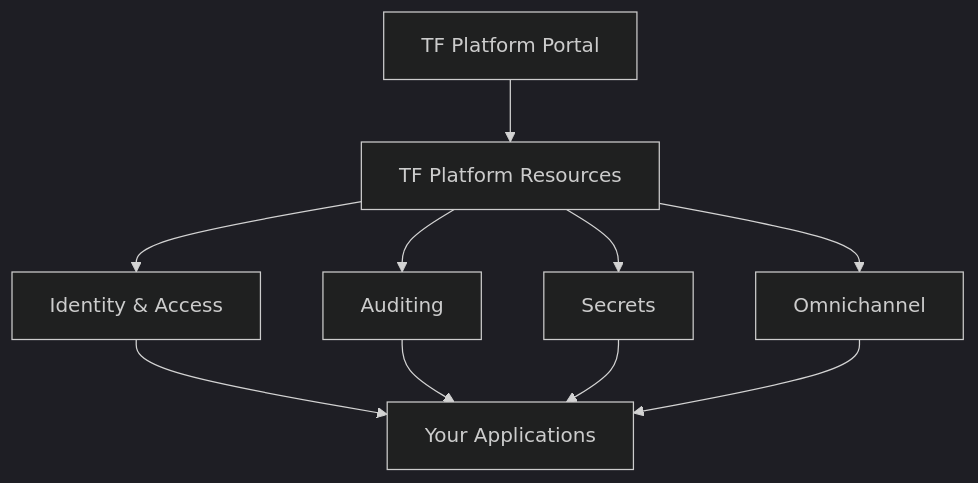
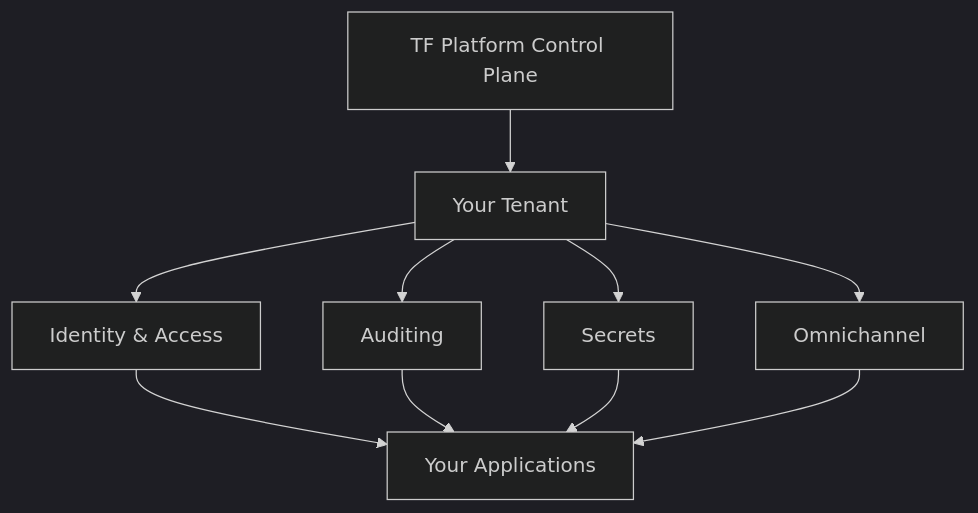
Before and after one commit to simptel/docs.simptel.com: the diagram in tf-platform/overview.md, drawn with Mermaid (dark theme). The commit also changed other lines of this file, not shown here.

````diff
--- a/tf-platform/overview.md
+++ b/tf-platform/overview.md
@@ -19,13 +19,13 @@
 ```mermaid fullWidth="false"
 graph TD
-  A["TF Platform Portal"] --> B["TF Platform Resources"]
+  A["TF Platform Control Plane"] --> B["Your Tenant"]
   B --> C["Identity & Access"]
   B --> D["Auditing"]
   B --> E["Secrets"]
   B --> G["Omnichannel"]
 
   C --> F["Your Applications"] 
   D --> F
   E --> F
   G --> F
 ```
````
